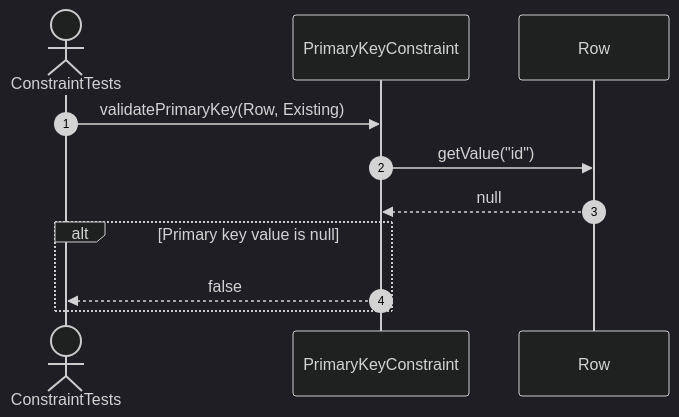
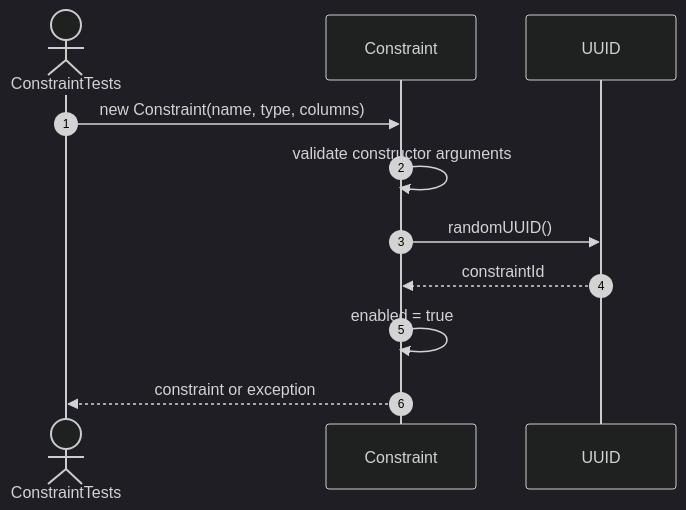
The seventh of 54 diagrams in src/tests/unit/metadata/sequences/constraint-testing.se.md (FhuAnn/-bbv-AN-s-DBMS), drawn with Mermaid (dark theme) before and after one commit. The commit also changed other lines of this file and 9 other files, not shown here.

Commit message:
table and row run test successfully, remaining constraint object

````diff
--- a/src/tests/unit/metadata/sequences/constraint-testing.se.md
+++ b/src/tests/unit/metadata/sequences/constraint-testing.se.md
@@ -91,15 +103,14 @@
 ```mermaid
 sequenceDiagram
     autonumber
     actor Test as ConstraintTests
-    participant PK as PrimaryKeyConstraint
-    participant Row as Row
+    participant Constraint as Constraint
+    participant UUID as UUID
 
-    Test->>PK: validatePrimaryKey(Row, Existing)
-    PK->>Row: getValue("id")
-    Row-->>PK: null
-
-    alt Primary key value is null
-        PK-->>Test: false
-    end
+    Test->>Constraint: new Constraint(name, type, columns)
+    Constraint->>Constraint: validate constructor arguments
+    Constraint->>UUID: randomUUID()
+    UUID-->>Constraint: constraintId
+    Constraint->>Constraint: enabled = true
+    Constraint-->>Test: constraint or exception
 ```
````
